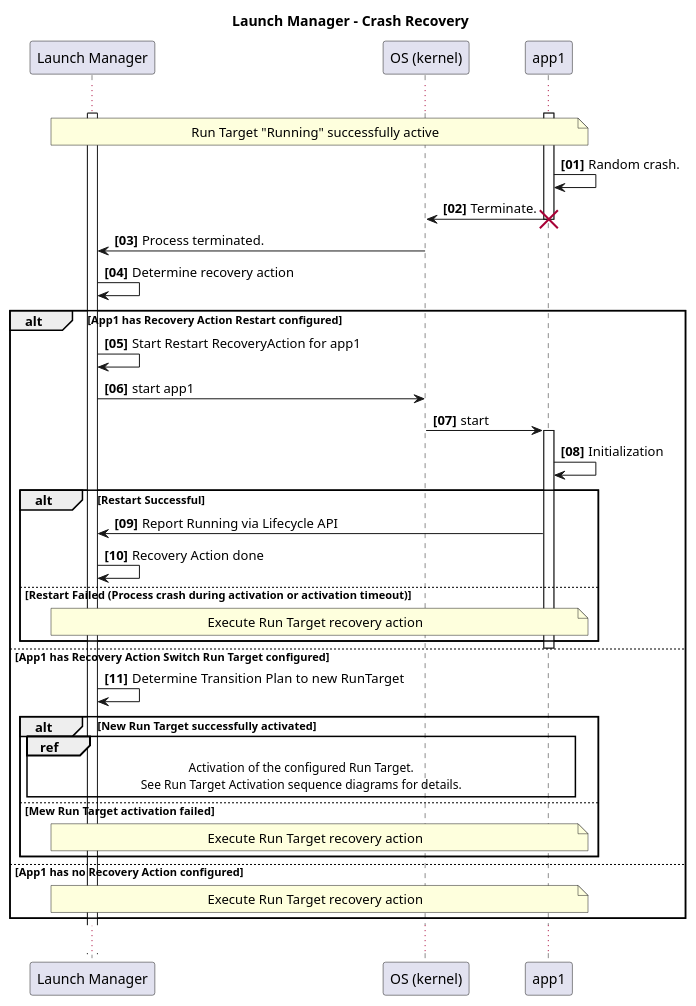
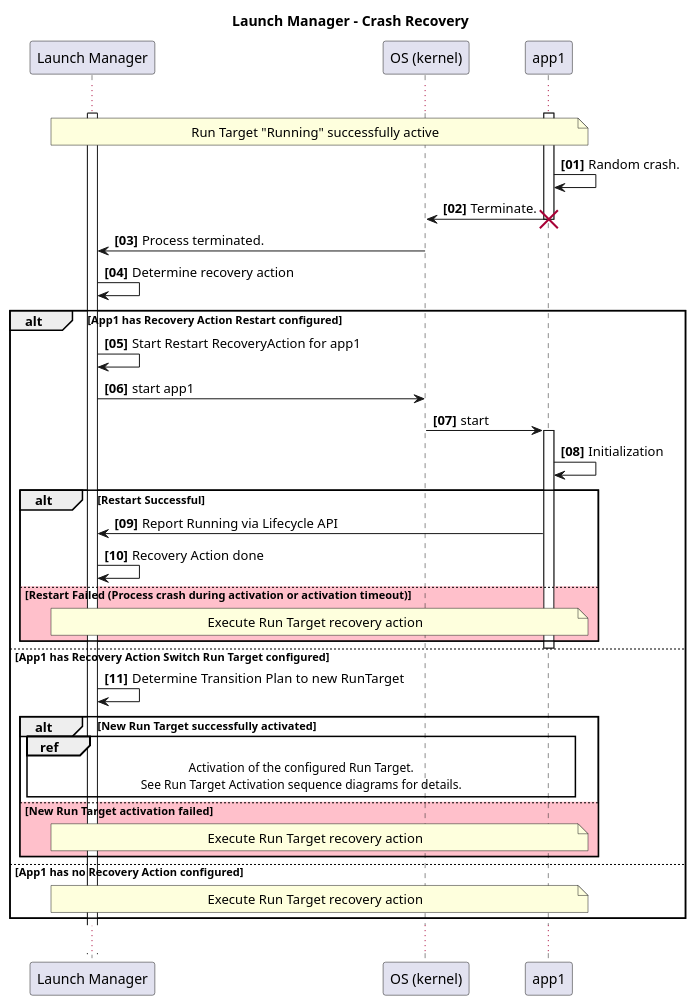
One commit to eclipse-score/lifecycle changed the diagram in docs/features/lifecycle/architecture/_assets/launch_manager_random_crash.puml. Above: the diagram before and after it, drawn with PlantUML.

Commit message:
color error path red

```diff
--- a/docs/features/lifecycle/architecture/_assets/launch_manager_random_crash.puml
+++ b/docs/features/lifecycle/architecture/_assets/launch_manager_random_crash.puml
@@ -14,71 +14,71 @@
 @startuml
 title Launch Manager - Crash Recovery
 
 autonumber "<b>[00]"
 
 participant "Launch Manager" as LM
 participant "OS (kernel)" as kernel
 
 participant "app1" as app1
 
 activate LM
 activate app1
 
 ...
 
 note over LM,app1
 Run Target "Running" successfully active
 end note
 
 app1 -> app1: Random crash.
 app1 -> kernel: Terminate.
 destroy app1
 kernel -> LM: Process terminated.
 
 LM -> LM: Determine recovery action
 
 alt App1 has Recovery Action Restart configured
 
 LM -> LM: Start Restart RecoveryAction for app1
 LM -> kernel: start app1
 kernel -> app1 ++ : start
 app1 -> app1 : Initialization
 
 alt Restart Successful
   app1 -> LM : Report Running via Lifecycle API
   LM -> LM: Recovery Action done
-else Restart Failed (Process crash during activation or activation timeout)
+else #Pink Restart Failed (Process crash during activation or activation timeout)
   note over LM, app1
   Execute Run Target recovery action
   end note
 end alt
 
 deactivate app1
 
 else App1 has Recovery Action Switch Run Target configured
 
 LM -> LM: Determine Transition Plan to new RunTarget
 
   alt New Run Target successfully activated
     ref over LM, app1
       Activation of the configured Run Target.
       See Run Target Activation sequence diagrams for details.
     end ref
-  else Mew Run Target activation failed
+  else #Pink New Run Target activation failed
     note over LM, app1
     Execute Run Target recovery action
     end note
   end alt
 
 
 else App1 has no Recovery Action configured
 
 note over LM, app1
 Execute Run Target recovery action
 end note
 
 end alt
 
 ...
 
 @enduml
```
